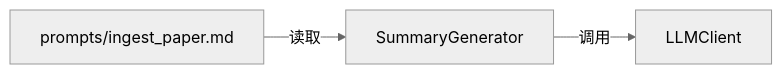
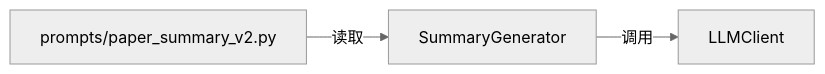
Diagram 14 of 15 in docs/Paper-Wiki 技术方案_v1.md (Szy5/ResearchWorkSpace), drawn with Mermaid (neutral theme) before and after one commit. The commit also changed other lines of this file and 32 other files, not shown here.

Commit message:
Update project configuration and documentation: Added Neo4j and PyMuPDF dependencies, improved .gitignore, and enhanced AGENTS.md for documentation maintenance. Updated README for clarity and added new CLI commands for graph planning and ingestion of multiple papers.

````diff
--- a/docs/Paper-Wiki 技术方案_v1.md
+++ b/docs/Paper-Wiki 技术方案_v1.md
@@ -724,5 +755,5 @@
 ```mermaid
 graph LR
-    P[prompts/ingest_paper.md] -->|读取| SG[SummaryGenerator]
+    P[prompts/paper_summary_v2.py] -->|读取| SG[SummaryGenerator]
     SG -->|调用| LLM[LLMClient]
 ```
````
